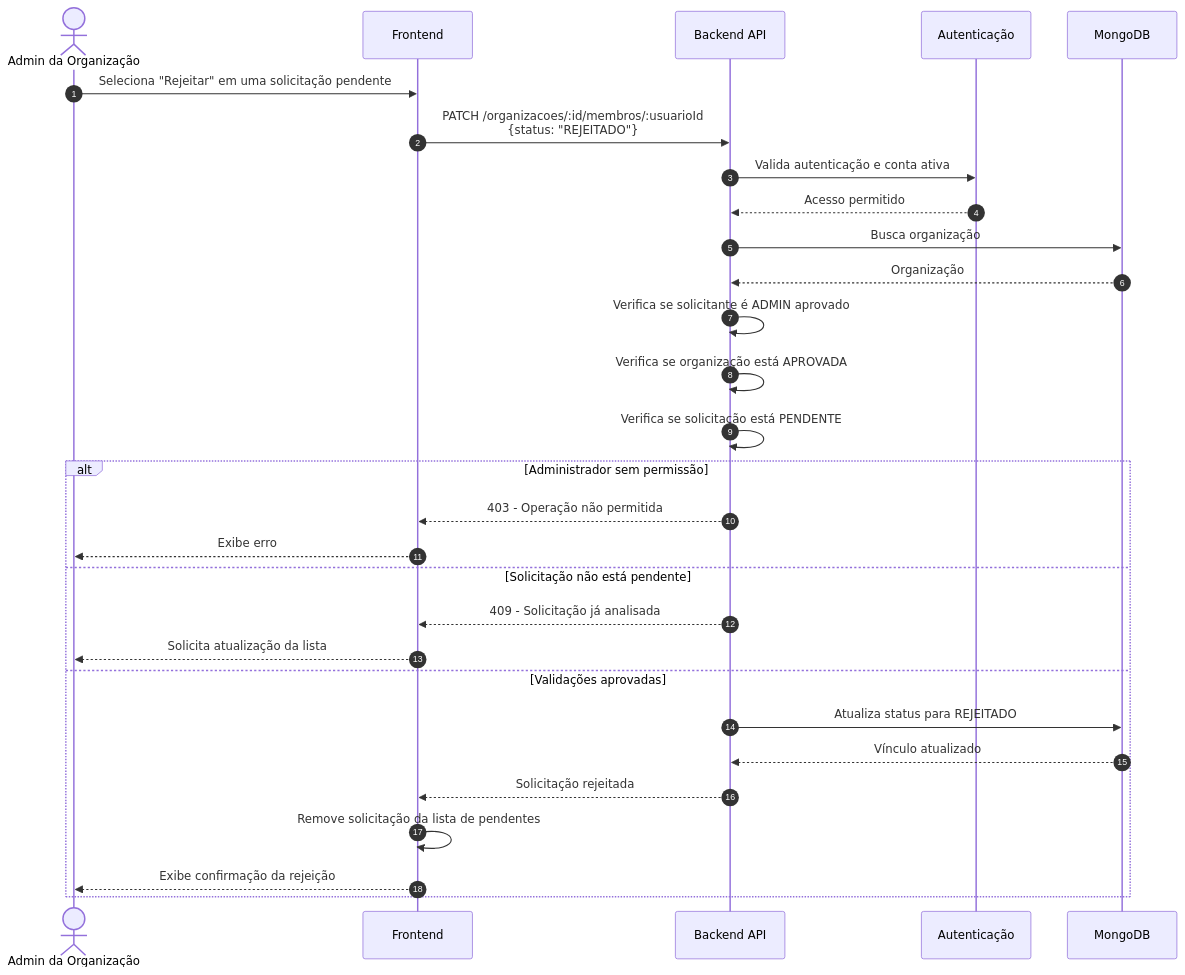
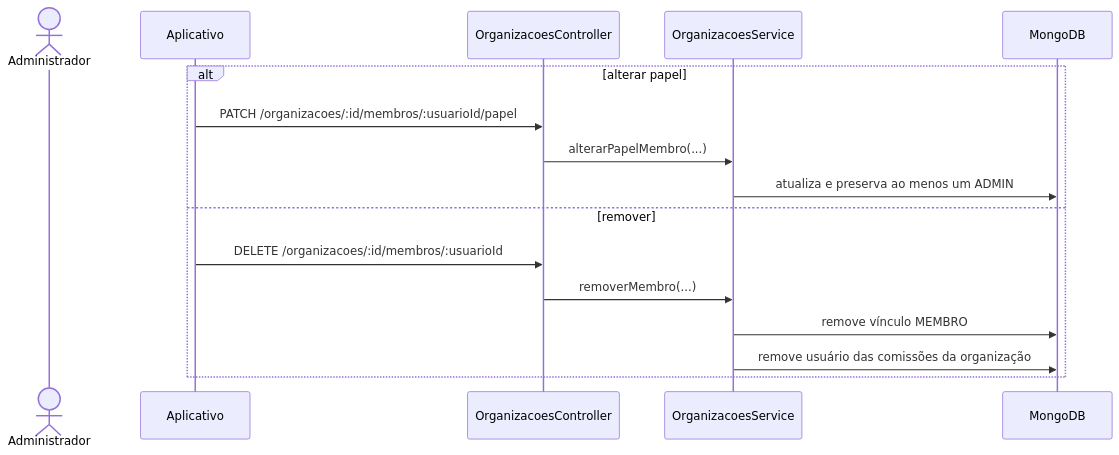
The seventh of 7 diagrams in 2 - Incremento1/cadastro-usuario/6 - diagramas-sequencia-cadastro-usuario.md (Conecta-IFSP/DOCUMENTATION), drawn with Mermaid before and after one commit. The commit also changed other lines of this file and 43 other files, not shown here.

````diff
--- a/2 - Incremento1/cadastro-usuario/6 - diagramas-sequencia-cadastro-usuario.md
+++ b/2 - Incremento1/cadastro-usuario/6 - diagramas-sequencia-cadastro-usuario.md
@@ -307,39 +127,18 @@
 ```mermaid
 sequenceDiagram
-    autonumber
-
-    actor AdminOrg as Admin da Organização
-    participant Frontend as Frontend
-    participant API as Backend API
-    participant Guards as Autenticação
+    actor A as Administrador
+    participant F as Aplicativo
+    participant OC as OrganizacoesController
+    participant OS as OrganizacoesService
     participant DB as MongoDB
-
-    AdminOrg->>Frontend: Seleciona "Rejeitar" em uma solicitação pendente
-
-    Frontend->>API: PATCH /organizacoes/:id/membros/:usuarioId<br/>{status: "REJEITADO"}
-
-    API->>Guards: Valida autenticação e conta ativa
-    Guards-->>API: Acesso permitido
-
-    API->>DB: Busca organização
-    DB-->>API: Organização
-
-    API->>API: Verifica se solicitante é ADMIN aprovado
-    API->>API: Verifica se organização está APROVADA
-    API->>API: Verifica se solicitação está PENDENTE
-
-    alt Administrador sem permissão
-        API-->>Frontend: 403 - Operação não permitida
-        Frontend-->>AdminOrg: Exibe erro
-    else Solicitação não está pendente
-        API-->>Frontend: 409 - Solicitação já analisada
-        Frontend-->>AdminOrg: Solicita atualização da lista
-    else Validações aprovadas
-        API->>DB: Atualiza status para REJEITADO
-        DB-->>API: Vínculo atualizado
-
-        API-->>Frontend: Solicitação rejeitada
-        Frontend->>Frontend: Remove solicitação da lista de pendentes
-        Frontend-->>AdminOrg: Exibe confirmação da rejeição
+    alt alterar papel
+        F->>OC: PATCH /organizacoes/:id/membros/:usuarioId/papel
+        OC->>OS: alterarPapelMembro(...)
+        OS->>DB: atualiza e preserva ao menos um ADMIN
+    else remover
+        F->>OC: DELETE /organizacoes/:id/membros/:usuarioId
+        OC->>OS: removerMembro(...)
+        OS->>DB: remove vínculo MEMBRO
+        OS->>DB: remove usuário das comissões da organização
     end
 ```
````
